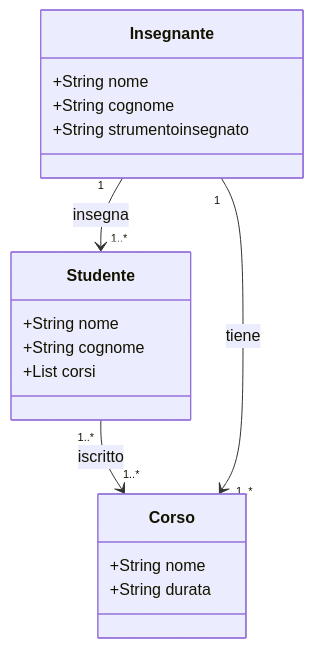
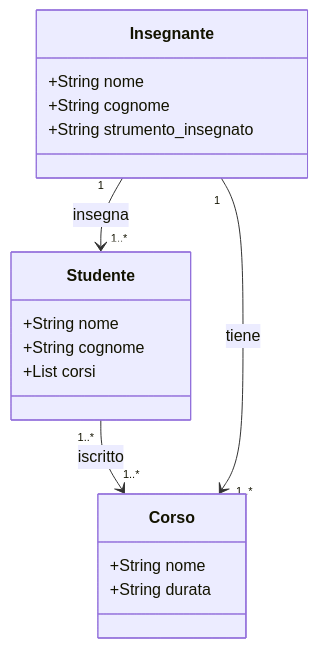
One commit to LucaBernardinii/esercizi_4M changed the diagram in esercizio_017/bernardini_es017.md. Above: the diagram before and after it, drawn with Mermaid. The commit also changed 1 other file, not shown here.

````diff
--- a/esercizio_017/bernardini_es017.md
+++ b/esercizio_017/bernardini_es017.md
@@ -1,24 +1,24 @@
 ```mermaid
 classDiagram
     class Insegnante {
         +String nome
         +String cognome
-        +String strumentoinsegnato
+        +String strumento_insegnato
     }
 
     class Studente {
         +String nome
         +String cognome
         +List corsi
     }
 
     class Corso {
         +String nome
         +String durata
     }
 
     Insegnante "1" --> "1..*" Studente: insegna
     Studente "1..*" --> "1..*" Corso: iscritto
     Insegnante "1" --> "1..*" Corso: tiene
 
 ```
````
